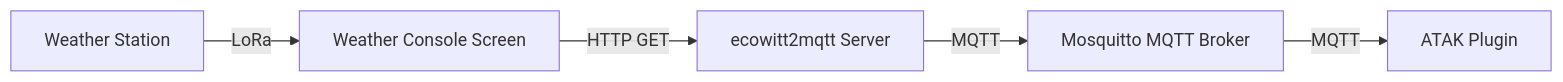
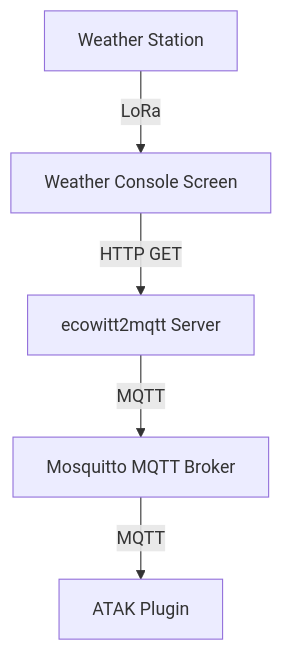
Before and after one commit to riis/atak_weather_iot: the diagram in README.md, drawn with Mermaid.

Commit message:
change back to TD

````diff
--- a/README.md
+++ b/README.md
@@ -35,7 +35,7 @@
 ```mermaid
-graph LR
+graph TD
     A[Weather Station] -->|LoRa| B[Weather Console Screen]
     B -->|HTTP GET| C[ecowitt2mqtt Server]
     C -->|MQTT| D[Mosquitto MQTT Broker]
     D -->|MQTT| E[ATAK Plugin]
 ```
````
